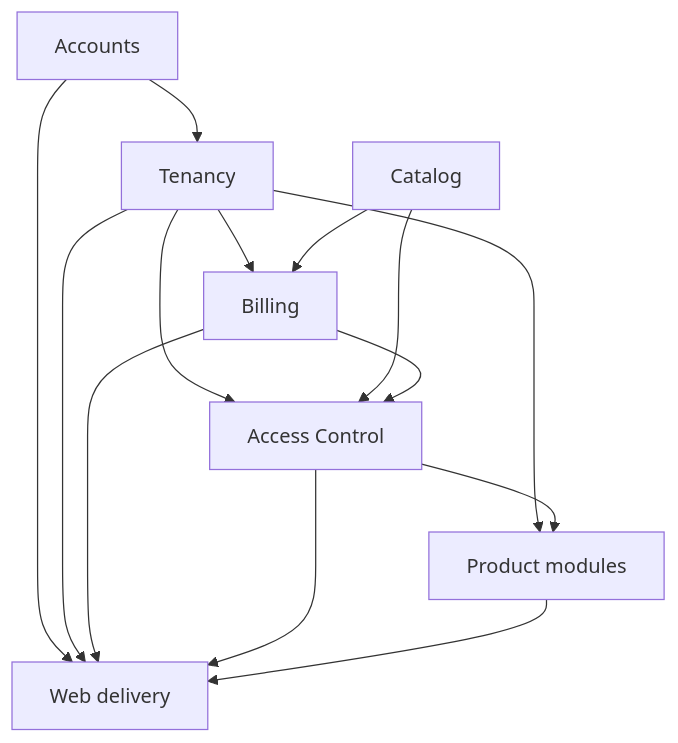
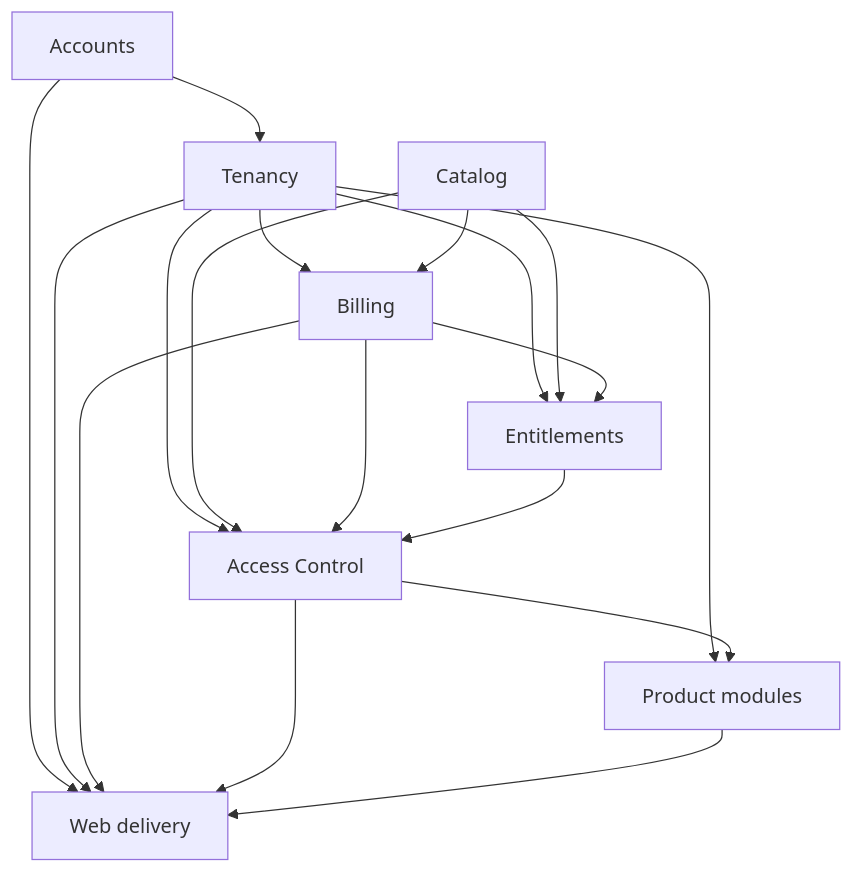
The second of 2 diagrams in docs/architecture.md (alekpopovic/RailsSass), drawn with Mermaid before and after one commit. The commit also changed other lines of this file and 29 other files, not shown here.

Commit message:
feat(entitlements): add local plan resolver and subscription access policy

````diff
--- a/docs/architecture.md
+++ b/docs/architecture.md
@@ -90,16 +94,20 @@
 ```mermaid
 flowchart TD
   Accounts --> Tenancy
   Tenancy --> Billing
   Catalog --> Billing
   Tenancy --> Access[Access Control]
   Catalog --> Access
   Billing --> Access
+  Tenancy --> Entitlements
+  Catalog --> Entitlements
+  Billing --> Entitlements
+  Entitlements --> Access
   Tenancy --> Products[Product modules]
   Access --> Products
   Accounts --> Web[Web delivery]
   Tenancy --> Web
   Billing --> Web
   Access --> Web
   Products --> Web
 ```
````
